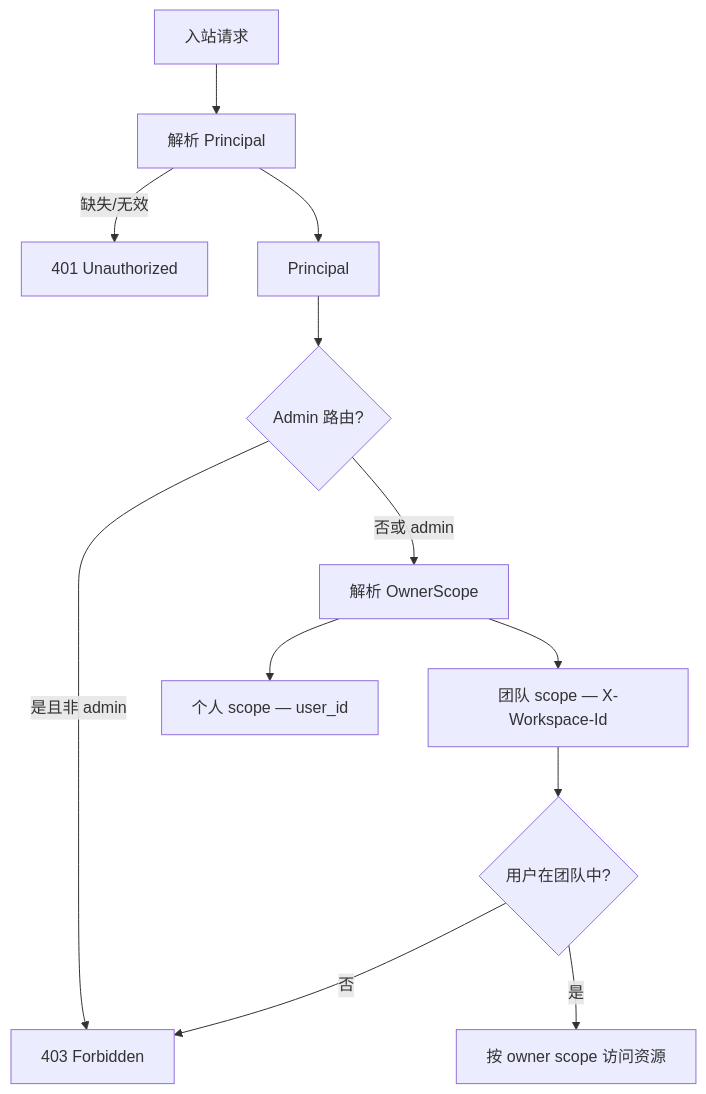
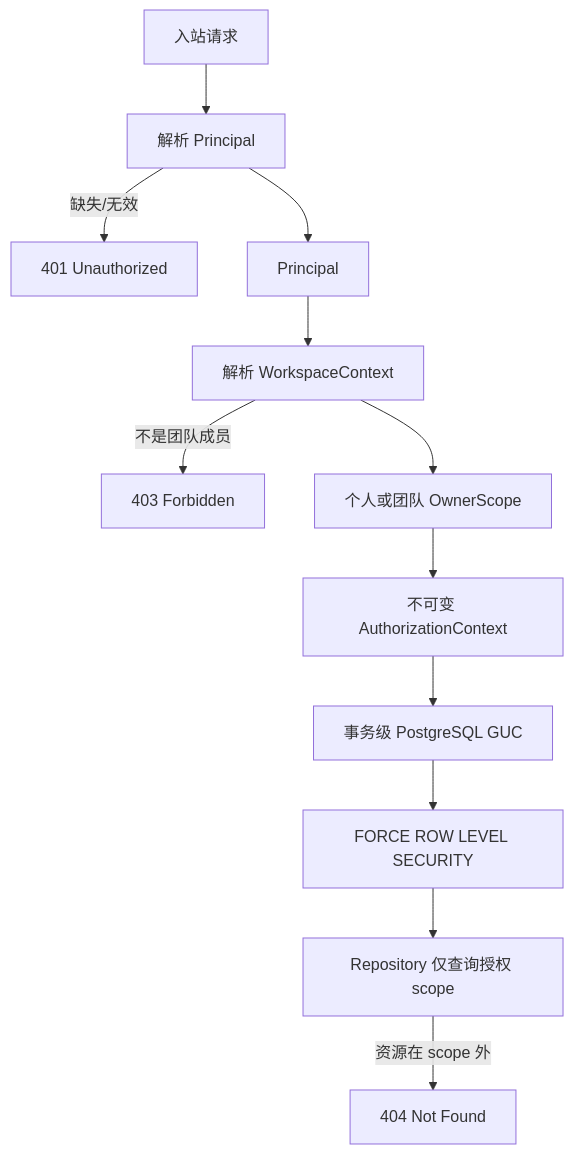
One commit to OceaLong/opencitadel changed the third of 4 diagrams in docs/architecture/security-model.zh-CN.md. Above: the diagram before and after it, drawn with Mermaid. The commit also changed other lines of this file and 207 other files, not shown here.

````diff
--- a/docs/architecture/security-model.zh-CN.md
+++ b/docs/architecture/security-model.zh-CN.md
@@ -182,14 +184,14 @@
 ```mermaid
 flowchart TD
   Request["入站请求"] --> AuthN["解析 Principal"]
   AuthN -->|"缺失/无效"| Deny401["401 Unauthorized"]
   AuthN --> Principal["Principal"]
-  Principal --> AdminCheck{"Admin 路由?"}
-  AdminCheck -->|"是且非 admin"| Deny403["403 Forbidden"]
-  AdminCheck -->|"否或 admin"| Scope["解析 OwnerScope"]
-  Scope --> Personal["个人 scope — user_id"]
-  Scope --> Team["团队 scope — X-Workspace-Id"]
-  Team --> TeamCheck{"用户在团队中?"}
-  TeamCheck -->|"否"| Deny403
-  TeamCheck -->|"是"| Resource["按 owner scope 访问资源"]
+  Principal --> Workspace["解析 WorkspaceContext"]
+  Workspace -->|"不是团队成员"| Deny403["403 Forbidden"]
+  Workspace --> Scope["个人或团队 OwnerScope"]
+  Scope --> Authz["不可变 AuthorizationContext"]
+  Authz --> GUC["事务级 PostgreSQL GUC"]
+  GUC --> RLS["FORCE ROW LEVEL SECURITY"]
+  RLS --> Resource["Repository 仅查询授权 scope"]
+  Resource -->|"资源在 scope 外"| Deny404["404 Not Found"]
 ```
````
